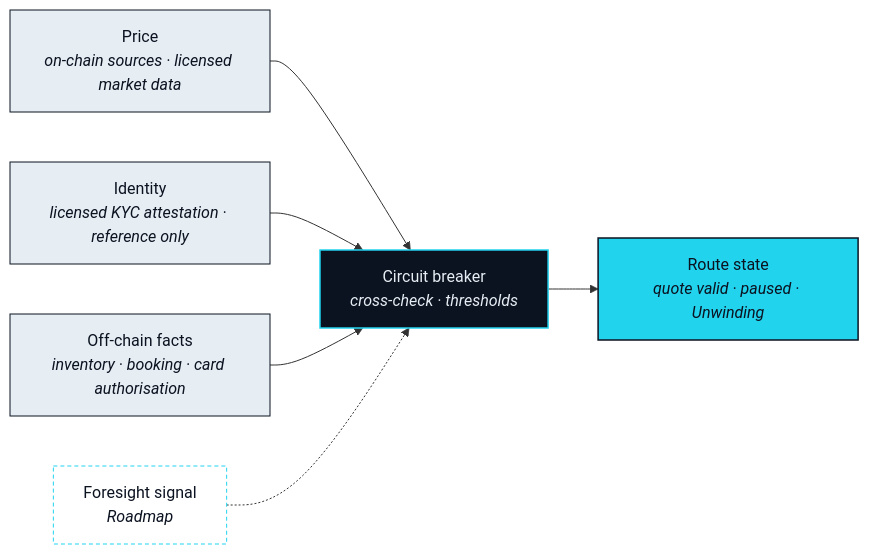
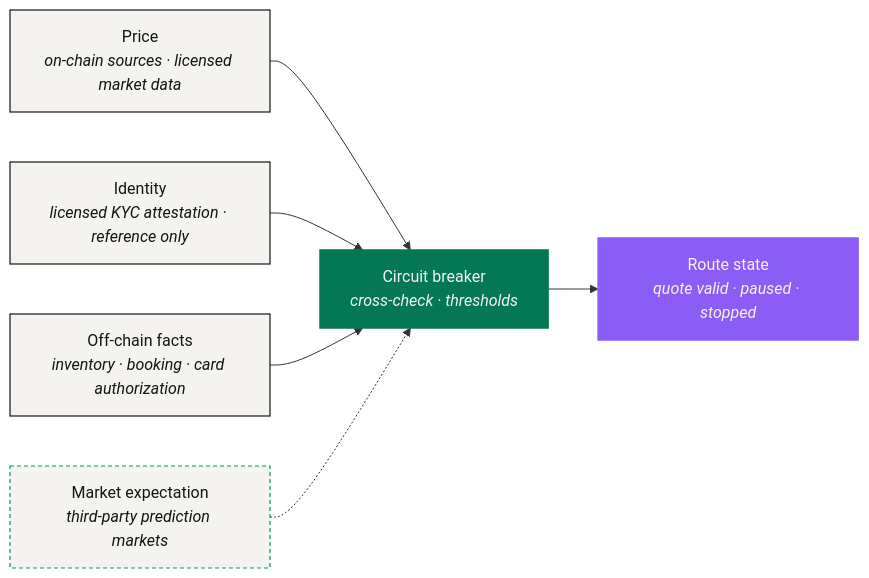
One commit to NEXONMarkets/NEXON-Whitepaper changed the diagram in docs/en/03-architecture/data-and-oracles.md. Above: the diagram before and after it, drawn with Mermaid. The commit also changed other lines of this file and 85 other files, not shown here.

````diff
--- a/docs/en/03-architecture/data-and-oracles.md
+++ b/docs/en/03-architecture/data-and-oracles.md
@@ -14,17 +16,16 @@
 ```mermaid
 flowchart LR
     P["Price<br/><i>on-chain sources · licensed market data</i>"] --> CB["Circuit breaker<br/><i>cross-check · thresholds</i>"]
     ID["Identity<br/><i>licensed KYC attestation · reference only</i>"] --> CB
-    F["Off-chain facts<br/><i>inventory · booking · card authorisation</i>"] --> CB
-    FS["Foresight signal<br/><i>Roadmap</i>"] -.-> CB
-    CB --> RS["Route state<br/><i>quote valid · paused · Unwinding</i>"]
-    %% NEXON palette v0 · placeholder until VI locks
-    classDef navy  fill:#0B1220,stroke:#22D3EE,stroke-width:1.5px,color:#E6EDF3
-    classDef cyan  fill:#22D3EE,stroke:#0B1220,stroke-width:1.5px,color:#0B1220
-    classDef light fill:#E6EDF3,stroke:#0B1220,stroke-width:1px,color:#0B1220
-    classDef ghost fill:#FFFFFF,stroke:#22D3EE,stroke-width:1px,stroke-dasharray:4 3,color:#0B1220
-    class P,ID,F light
+    F["Off-chain facts<br/><i>inventory · booking · card authorization</i>"] --> CB
+    FS["Market expectation<br/><i>third-party prediction markets</i>"] -.-> CB
+    CB --> RS["Route state<br/><i>quote valid · paused · stopped</i>"]
+    classDef anchor fill:#047854,stroke:#047854,stroke-width:1.5px,color:#F5F3F0
+    classDef engine fill:#8B5CF6,stroke:#8B5CF6,stroke-width:1.5px,color:#F5F3F0
+    classDef solid  fill:#F5F3F0,stroke:#141414,stroke-width:1.2px,color:#141414
+    classDef ghost  fill:#F5F3F0,stroke:#059669,stroke-width:1.2px,stroke-dasharray:4 3,color:#141414
+    class P,ID,F solid
     class FS ghost
-    class CB navy
-    class RS cyan
+    class CB anchor
+    class RS engine
 ```
````
